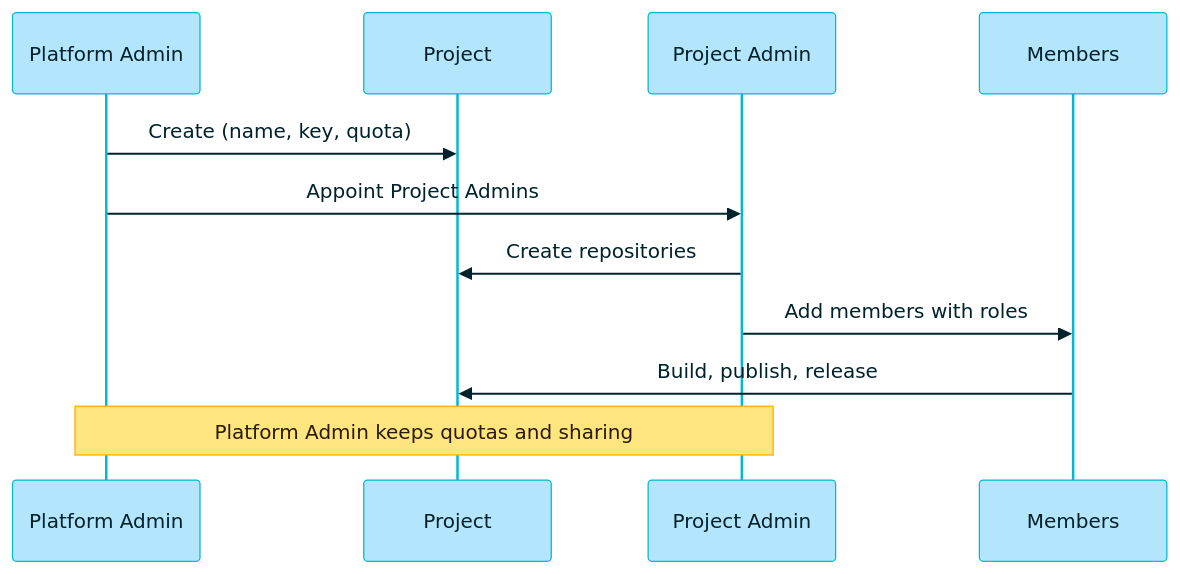
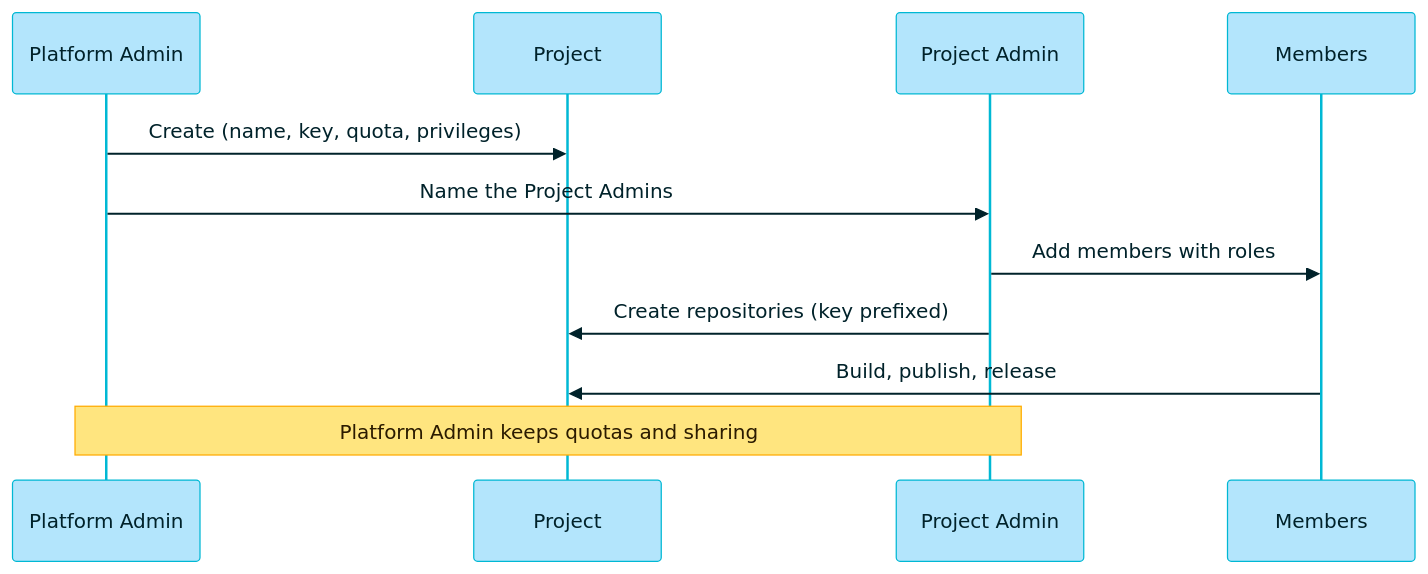
The diagram in projects/set-up-a-project.md (bhagatabhijeet/jfrog-knowledge-bundle), drawn with Mermaid before and after one commit. The commit also changed other lines of this file and 4 other files, not shown here.

First line of the commit message:
Expand project setup into a full create-a-project walkthrough

````diff
--- a/projects/set-up-a-project.md
+++ b/projects/set-up-a-project.md
@@ -77,14 +157,14 @@
 ```mermaid
 %%{init: {'theme':'base','themeVariables':{'primaryColor':'#B3E5FC','primaryBorderColor':'#00B8D4','primaryTextColor':'#00222A','lineColor':'#2979FF','secondaryColor':'#D1C4E9','tertiaryColor':'#E1F5FE','noteBkgColor':'#FFE57F','noteTextColor':'#2B1B00','noteBorderColor':'#FFAB00'}}}%%
 sequenceDiagram
     participant PA as Platform Admin
     participant PJ as Project
     participant AD as Project Admin
     participant M as Members
-    PA->>PJ: Create (name, key, quota)
-    PA->>AD: Appoint Project Admins
-    AD->>PJ: Create repositories
+    PA->>PJ: Create (name, key, quota, privileges)
+    PA->>AD: Name the Project Admins
     AD->>M: Add members with roles
+    AD->>PJ: Create repositories (key prefixed)
     M->>PJ: Build, publish, release
     Note over PA,AD: Platform Admin keeps quotas and sharing
 ```
````
